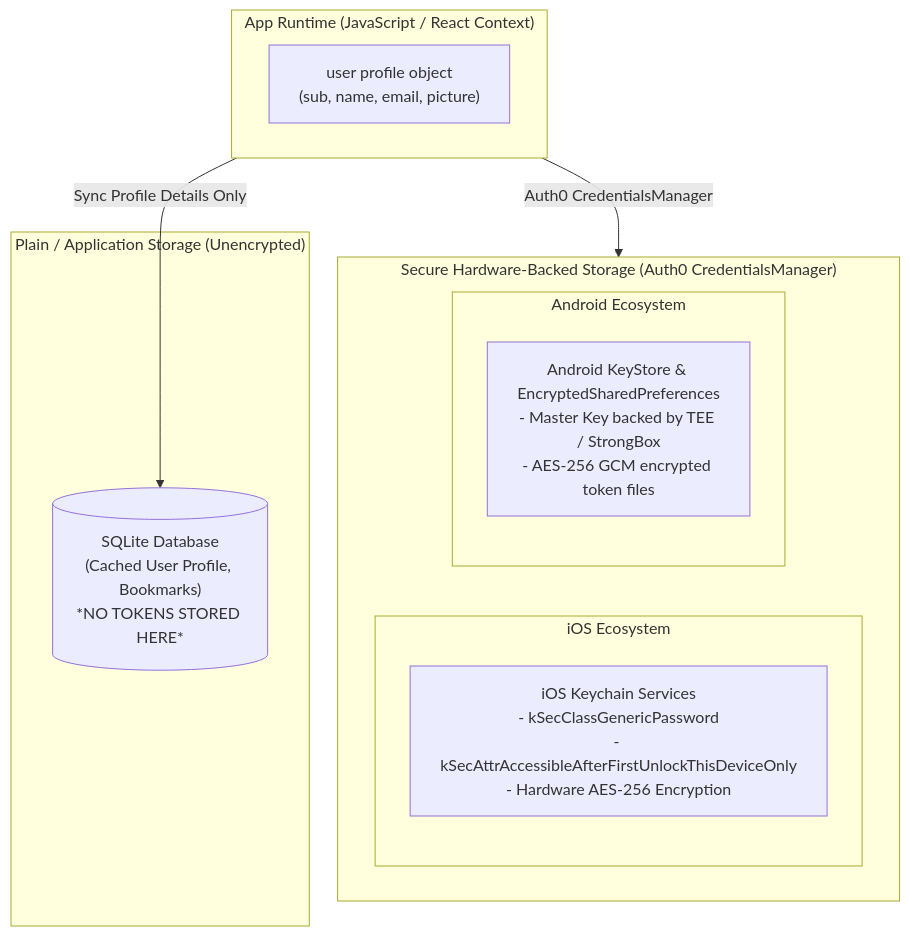
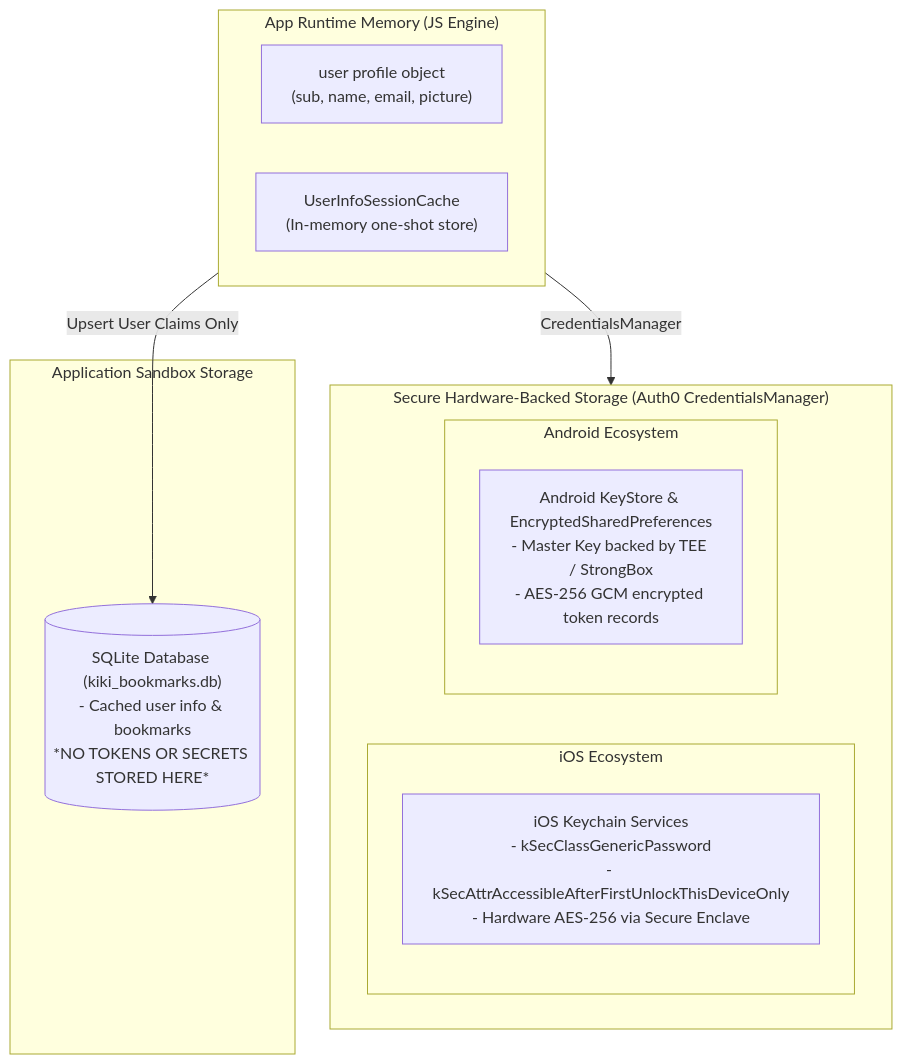
One commit to zeemyself/kiki-bookmark changed the fifth of 5 diagrams in AUTH_DESIGN.md. Above: the diagram before and after it, drawn with Mermaid. The commit also changed other lines of this file and 4 other files, not shown here.

````diff
--- a/AUTH_DESIGN.md
+++ b/AUTH_DESIGN.md
@@ -253,22 +331,23 @@
 ```mermaid
 graph TB
-    subgraph AppMemory ["App Runtime (JavaScript / React Context)"]
+    subgraph AppMemory ["App Runtime Memory (JS Engine)"]
         UserContext["user profile object\n(sub, name, email, picture)"]
+        SessionCache["UserInfoSessionCache\n(In-memory one-shot store)"]
     end
 
     subgraph NativeStorage ["Secure Hardware-Backed Storage (Auth0 CredentialsManager)"]
         subgraph iOS ["iOS Ecosystem"]
-            KeyChain["iOS Keychain Services\n- kSecClassGenericPassword\n- kSecAttrAccessibleAfterFirstUnlockThisDeviceOnly\n- Hardware AES-256 Encryption"]
+            KeyChain["iOS Keychain Services\n- kSecClassGenericPassword\n- kSecAttrAccessibleAfterFirstUnlockThisDeviceOnly\n- Hardware AES-256 via Secure Enclave"]
         end
         subgraph Android ["Android Ecosystem"]
-            KeyStore["Android KeyStore & EncryptedSharedPreferences\n- Master Key backed by TEE / StrongBox\n- AES-256 GCM encrypted token files"]
+            KeyStore["Android KeyStore & EncryptedSharedPreferences\n- Master Key backed by TEE / StrongBox\n- AES-256 GCM encrypted token records"]
         end
     end
 
-    subgraph PlainStorage ["Plain / Application Storage (Unencrypted)"]
-        SQLiteDB[("SQLite Database\n(Cached User Profile, Bookmarks)\n*NO TOKENS STORED HERE*")]
+    subgraph PlainStorage ["Application Sandbox Storage"]
+        SQLiteDB[("SQLite Database (kiki_bookmarks.db)\n- Cached user info & bookmarks\n*NO TOKENS OR SECRETS STORED HERE*")]
     end
 
-    AppMemory -->|Auth0 CredentialsManager| NativeStorage
-    AppMemory -->|Sync Profile Details Only| SQLiteDB
+    AppMemory -->|CredentialsManager| NativeStorage
+    AppMemory -->|Upsert User Claims Only| SQLiteDB
 ```
````
